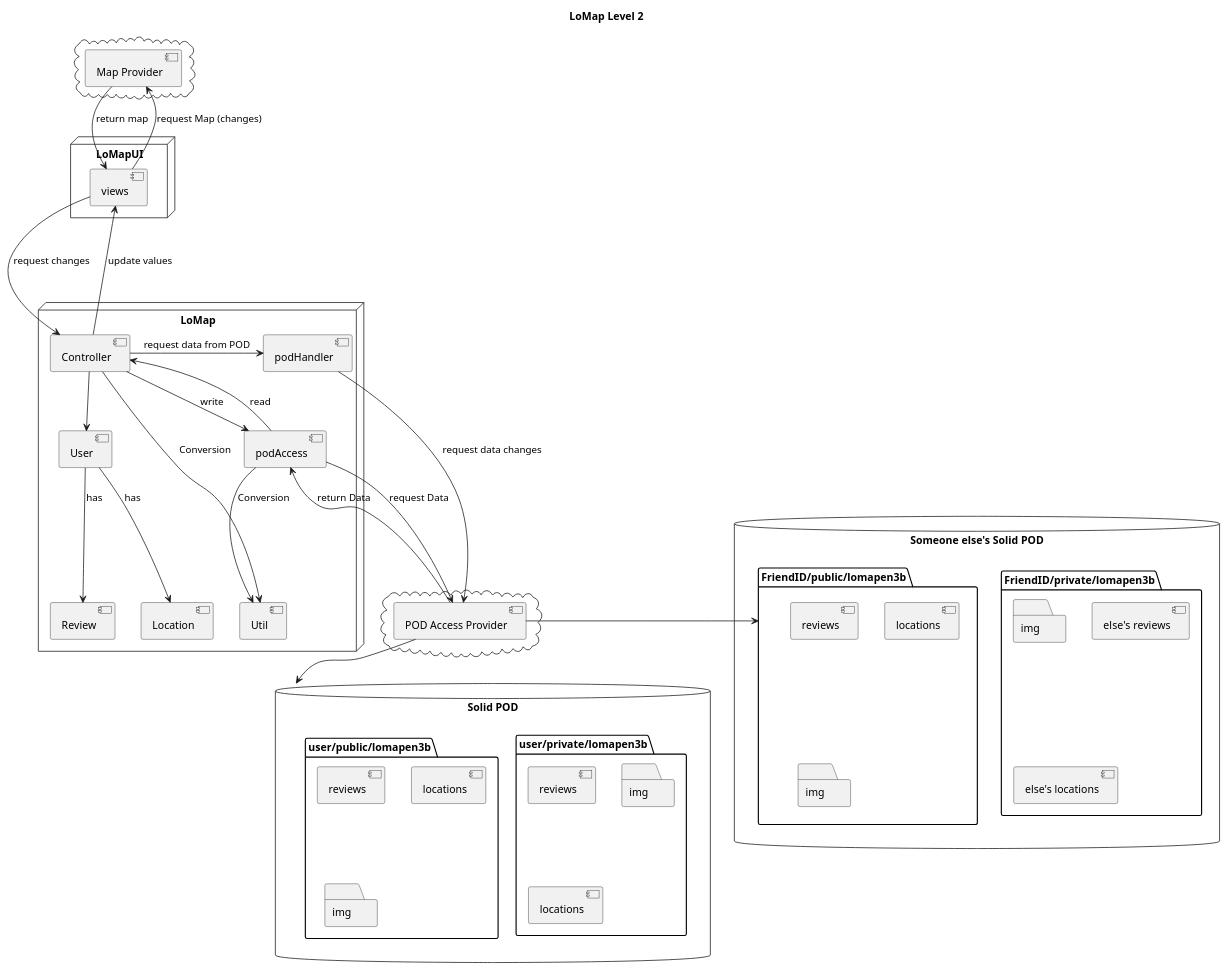
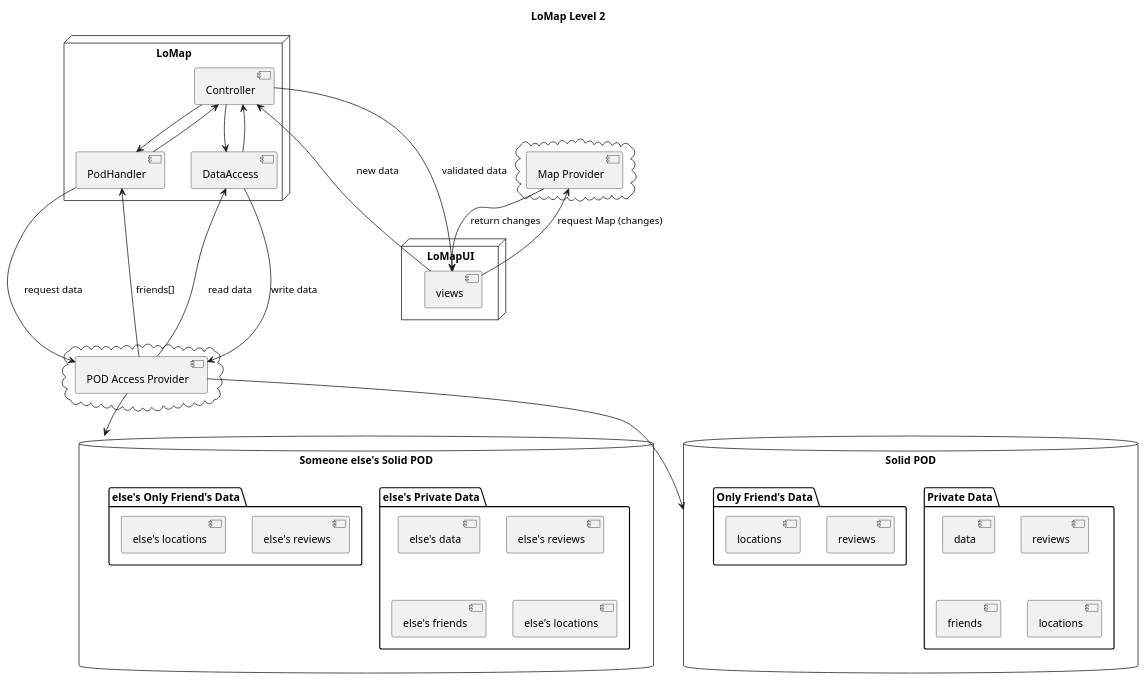
One commit to Arquisoft/lomap_en3b changed the second of 3 diagrams in docs/05_building_block_view.adoc. Above: the diagram before and after it, drawn with PlantUML. The commit also changed other lines of this file, not shown here.

```diff
--- a/docs/05_building_block_view.adoc
+++ b/docs/05_building_block_view.adoc
@@ -117,74 +131,70 @@
 [plantuml,"Level 2 diagram",png]
 ----
 title "LoMap Level 2"
 cloud {
   [Map Provider] as MapP
 }
 
 cloud {
   [POD Access Provider] as PODAP
 }
 
 database "Someone else's Solid POD" as Pod2 {
-  folder "FriendID/private/lomapen3b" {
-    folder "img"
-    [else's reviews] as review1
-    [else's locations] as Loc1
+  folder "else's Private Data" {
+    [else's data] as data2
+    [else's reviews] as review2
+    [else's friends] as friend2
+    [else's locations] as Loc2
 
   }
-  folder "FriendID/public/lomapen3b" as PODF{
-    [reviews] as reviewF2
-    [locations] as LocF2
-    folder "img" as im1
+  folder "else's Only Friend's Data" {
+    [else's reviews] as reviewF2
+    [else's locations] as LocF2
+
+
   }
 }
 
 database "Solid POD" as Pod1 {
-  folder "user/private/lomapen3b" {
-    [reviews] as review3
-    folder "img" as img2
-    [locations] as Loc3
+  folder "Private Data" {
+    [data] as data1
+    [reviews] as review1
+    [friends] as friend1
+    [locations] as Loc1
 
   }
-  folder "user/public/lomapen3b" {
+  folder "Only Friend's Data" {
     [reviews] as reviewF1
     [locations] as LocF1
-    folder "img" as img3
+
   }
 }
 node "LoMapUI" as LoMapFE {
   [views] as UI
 }
 
 node "LoMap" as LoMapBE {
   [Controller] as crl
-  [podHandler] as PODHdr
-  [podAccess] as PODAcc
-  [Location] as Loc
-  [Review] as Rev
-  [User] as U
-  [Util] as Utl
+  [PodHandler] as FMmt
+  [DataAccess] as DataMnt
 }
 
 UI --> MapP : request Map (changes)
-MapP --> UI : return map
-UI --down-> crl : request changes
-PODAcc --> PODAP : request Data
-PODAP --> PODAcc : return Data
-crl -up--> UI : update values
+MapP --> UI : return changes
 
-crl --right-> Utl :Conversion
-crl --> PODAcc :write
-PODAcc --> crl :read
-crl -> PODHdr : request data from POD
-PODHdr ---> PODAP : request data changes
+UI -down-> crl :new data
+crl --> DataMnt
+DataMnt --> crl
+crl --> FMmt
+FMmt --> crl
+crl ---> UI : validated data
 
-PODAcc --> Utl :Conversion
+FMmt --down-> PODAP : request data
+PODAP --> FMmt : friends[]
+DataMnt -down--> PODAP : write data
+PODAP --> DataMnt: read data
 
-PODAP --> Pod1
-PODAP --left-> PODF
+PODAP -down-> Pod1
+PODAP -down-> Pod2
 
-crl --> U
-U --> Loc :has
-U --> Rev :has
 ----
```
